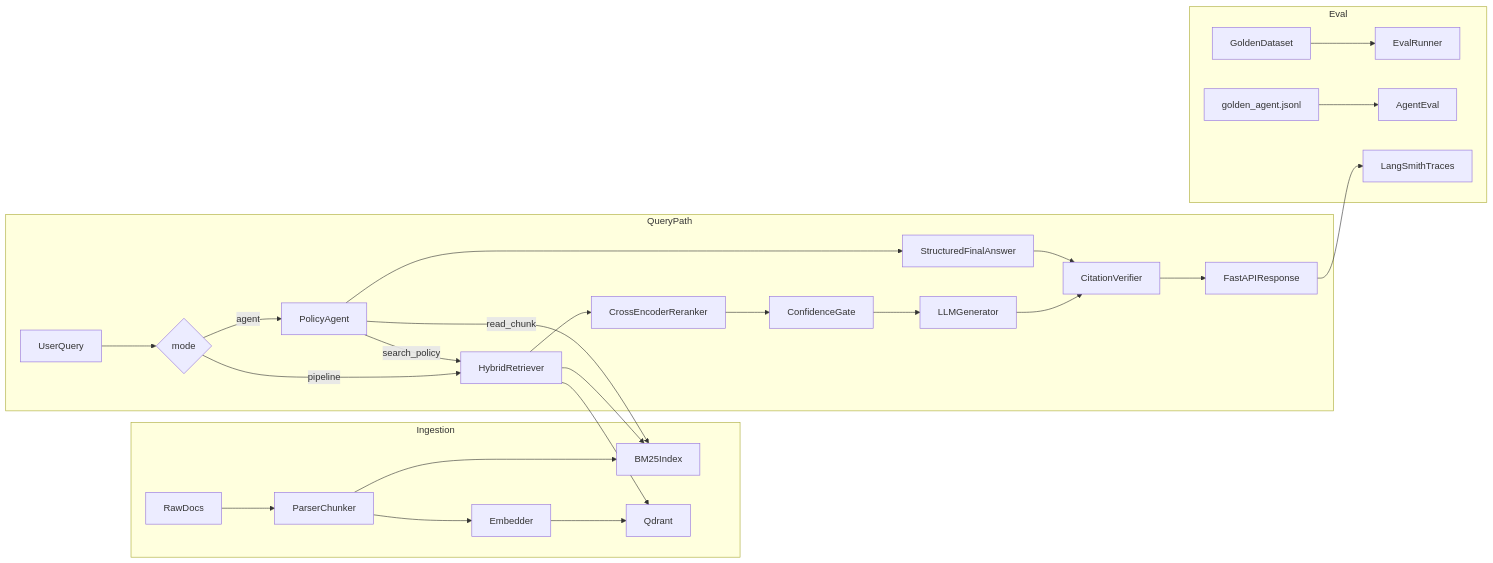
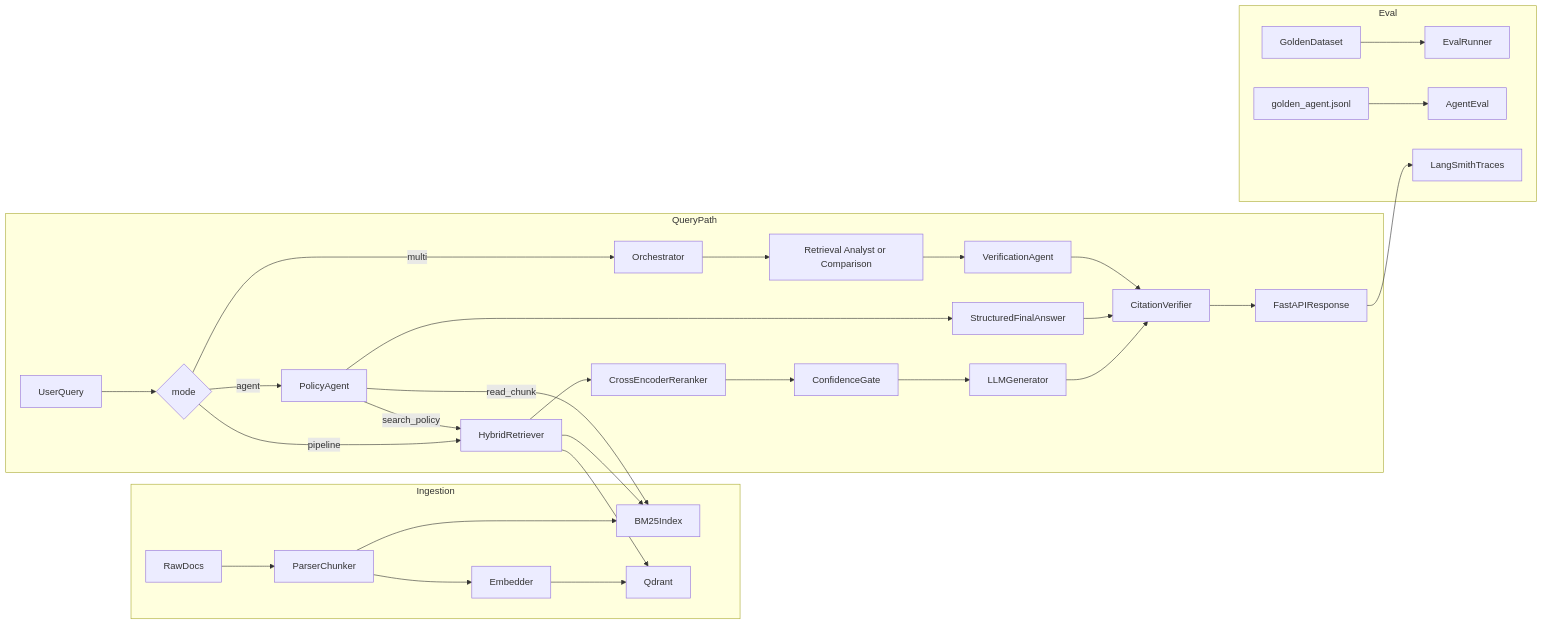
The fourth of 4 diagrams in README.md (SamLookingGlass/carepolicy-rag-project), drawn with Mermaid before and after one commit. The commit also changed other lines of this file and 19 other files, not shown here.

Commit message:
Add agent and multi-agent query modes with eval reports.

````diff
--- a/README.md
+++ b/README.md
@@ -187,32 +269,36 @@
 ```mermaid
 flowchart LR
     subgraph ingest [Ingestion]
         Raw[RawDocs] --> Parse[ParserChunker]
         Parse --> Embed[Embedder]
         Parse --> BM25Index[BM25Index]
         Embed --> Qdrant[Qdrant]
     end
 
     subgraph query [QueryPath]
         Q[UserQuery] --> Mode{mode}
         Mode -->|pipeline| Hybrid[HybridRetriever]
         Hybrid --> BM25Index
         Hybrid --> Qdrant
         Hybrid --> Rerank[CrossEncoderReranker]
         Rerank --> Gate[ConfidenceGate]
         Gate --> Gen[LLMGenerator]
         Mode -->|agent| Agent[PolicyAgent]
         Agent -->|search_policy| Hybrid
         Agent -->|read_chunk| BM25Index
         Agent --> Struct[StructuredFinalAnswer]
+        Mode -->|multi| Multi[Orchestrator]
+        Multi --> Specialists[Retrieval Analyst or Comparison]
+        Specialists --> Verifier[VerificationAgent]
         Gen --> Cite[CitationVerifier]
         Struct --> Cite
+        Verifier --> Cite
         Cite --> API[FastAPIResponse]
     end
 
     subgraph eval [Eval]
         Golden[GoldenDataset] --> EvalRunner[EvalRunner]
         AgentSet[golden_agent.jsonl] --> AgentEval[AgentEval]
         API --> LangSmith[LangSmithTraces]
     end
 ```
````
